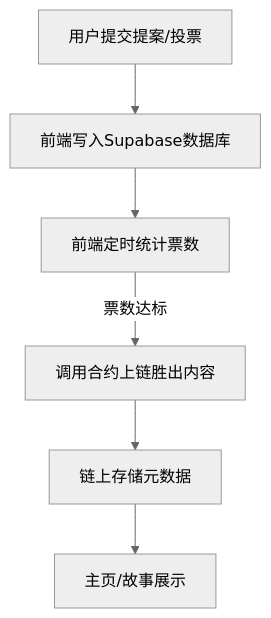
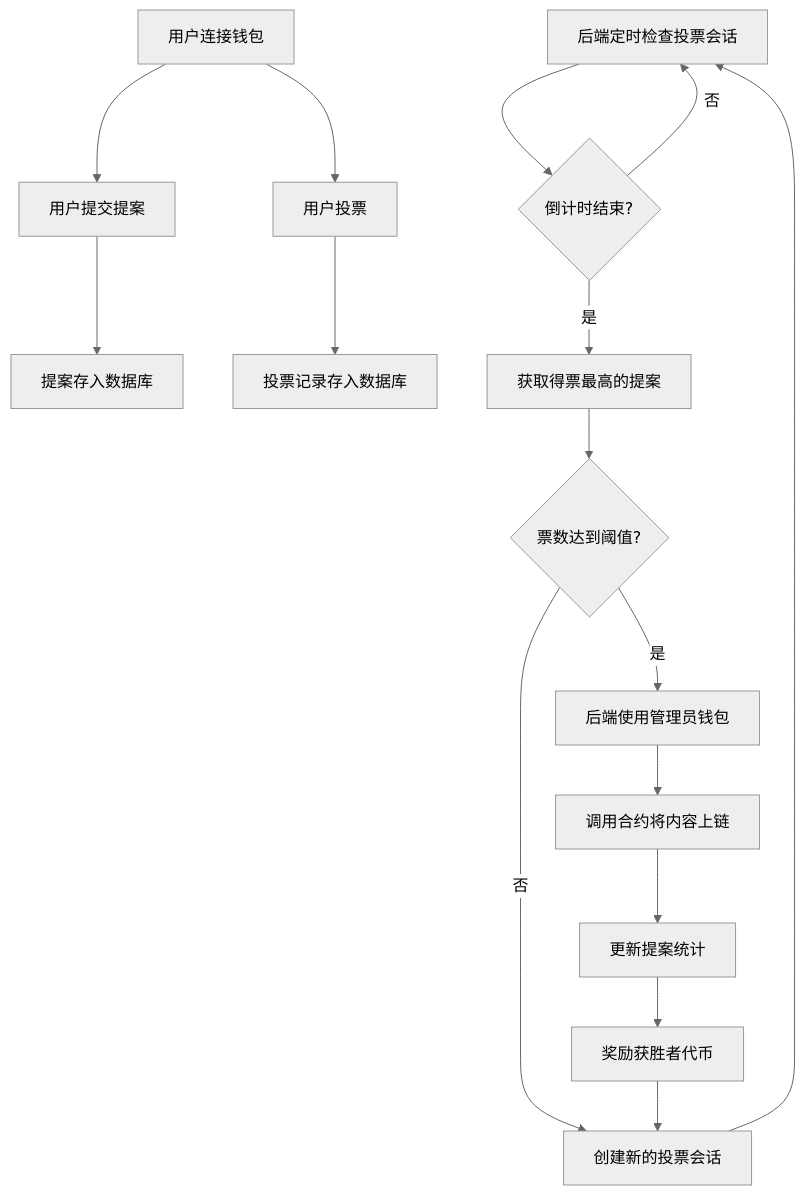
Before and after one commit to DudeGuuud/NarrFlow-Web3: the first of 2 diagrams in README.md, drawn with Mermaid (neutral theme). The commit also changed other lines of this file and 128 other files, not shown here.

````diff
--- a/README.md
+++ b/README.md
@@ -44,8 +48,18 @@
 ```mermaid
 flowchart TD
-    A[用户提交提案/投票] --> B[前端写入Supabase数据库]
-    B --> C[前端定时统计票数]
-    C -->|票数达标| D[调用合约上链胜出内容]
-    D --> E[链上存储元数据]
-    E --> F[主页/故事展示]
+    A[用户连接钱包] --> B[用户提交提案]
+    B --> C[提案存入数据库]
+    A --> D[用户投票]
+    D --> E[投票记录存入数据库]
+    F[后端定时检查投票会话] --> G{倒计时结束?}
+    G -->|否| F
+    G -->|是| H[获取得票最高的提案]
+    H --> I{票数达到阈值?}
+    I -->|否| J[创建新的投票会话]
+    I -->|是| K[后端使用管理员钱包]
+    K --> L[调用合约将内容上链]
+    L --> M[更新提案统计]
+    M --> N[奖励获胜者代币]
+    N --> J
+    J --> F
 ```
````
